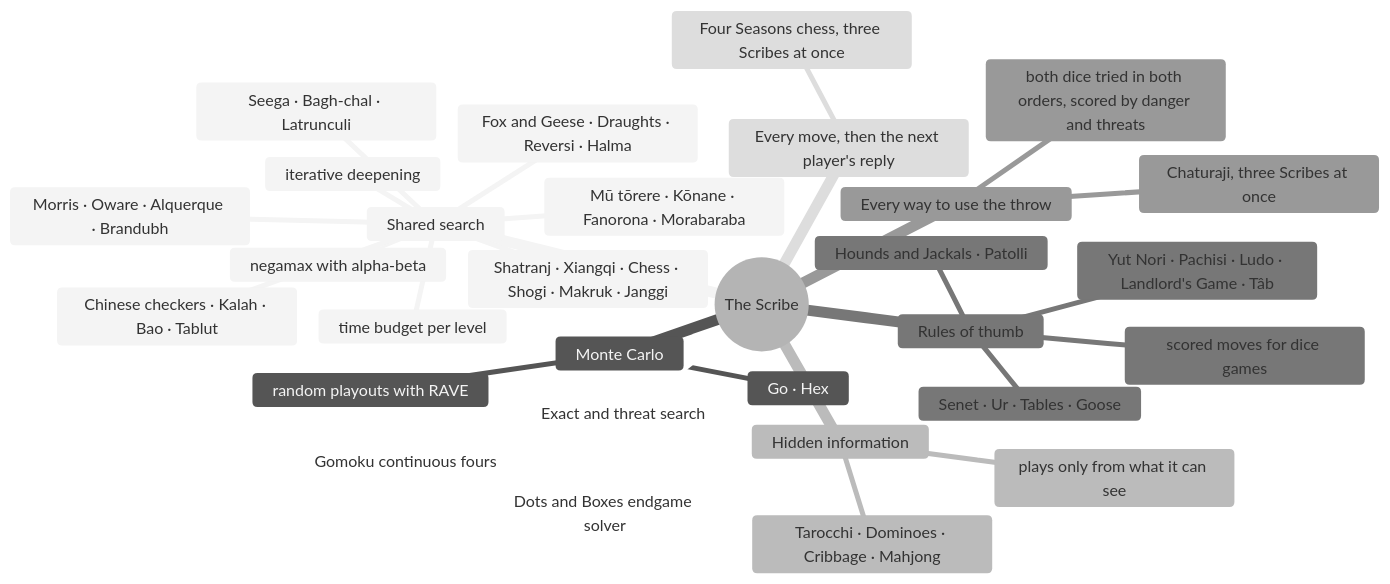
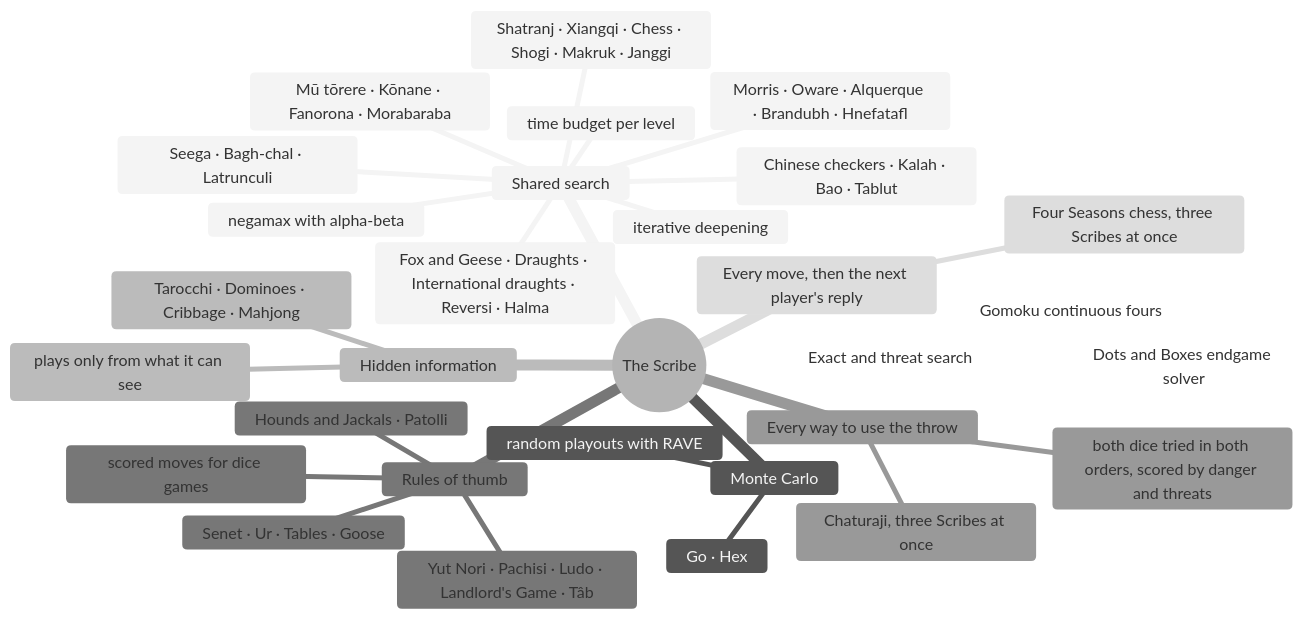
One commit to CptNope/Librarium-Archives changed the first of 3 diagrams in docs/scribe.md. Above: the diagram before and after it, drawn with Mermaid (neutral theme). The commit also changed other lines of this file and 16 other files, not shown here.

First line of the commit message:
International draughts and Hnefatafl (Copenhagen rules, simplified); tour stops when you walk; docs for 0.27.0

````diff
--- a/docs/scribe.md
+++ b/docs/scribe.md
@@ -5,33 +5,33 @@
 ```mermaid
 mindmap
   root((The Scribe))
     Shared search
       negamax with alpha-beta
       iterative deepening
       time budget per level
-      Morris · Oware · Alquerque · Brandubh
+      Morris · Oware · Alquerque · Brandubh · Hnefatafl
       Shatranj · Xiangqi · Chess · Shogi · Makruk · Janggi
-      Fox and Geese · Draughts · Reversi · Halma
+      Fox and Geese · Draughts · International draughts · Reversi · Halma
       Chinese checkers · Kalah · Bao · Tablut
       Mū tōrere · Kōnane · Fanorona · Morabaraba
       Seega · Bagh-chal · Latrunculi
     Monte Carlo
       random playouts with RAVE
       Go · Hex
     Hidden information
       plays only from what it can see
       Tarocchi · Dominoes · Cribbage · Mahjong
     Rules of thumb
       scored moves for dice games
       Senet · Ur · Tables · Goose
       Yut Nori · Pachisi · Ludo · Landlord's Game · Tâb
       Hounds and Jackals · Patolli
     Every way to use the throw
       both dice tried in both orders, scored by danger and threats
       Chaturaji, three Scribes at once
     Every move, then the next player's reply
       Four Seasons chess, three Scribes at once
     Exact and threat search
       Dots and Boxes endgame solver
       Gomoku continuous fours
 ```
````
